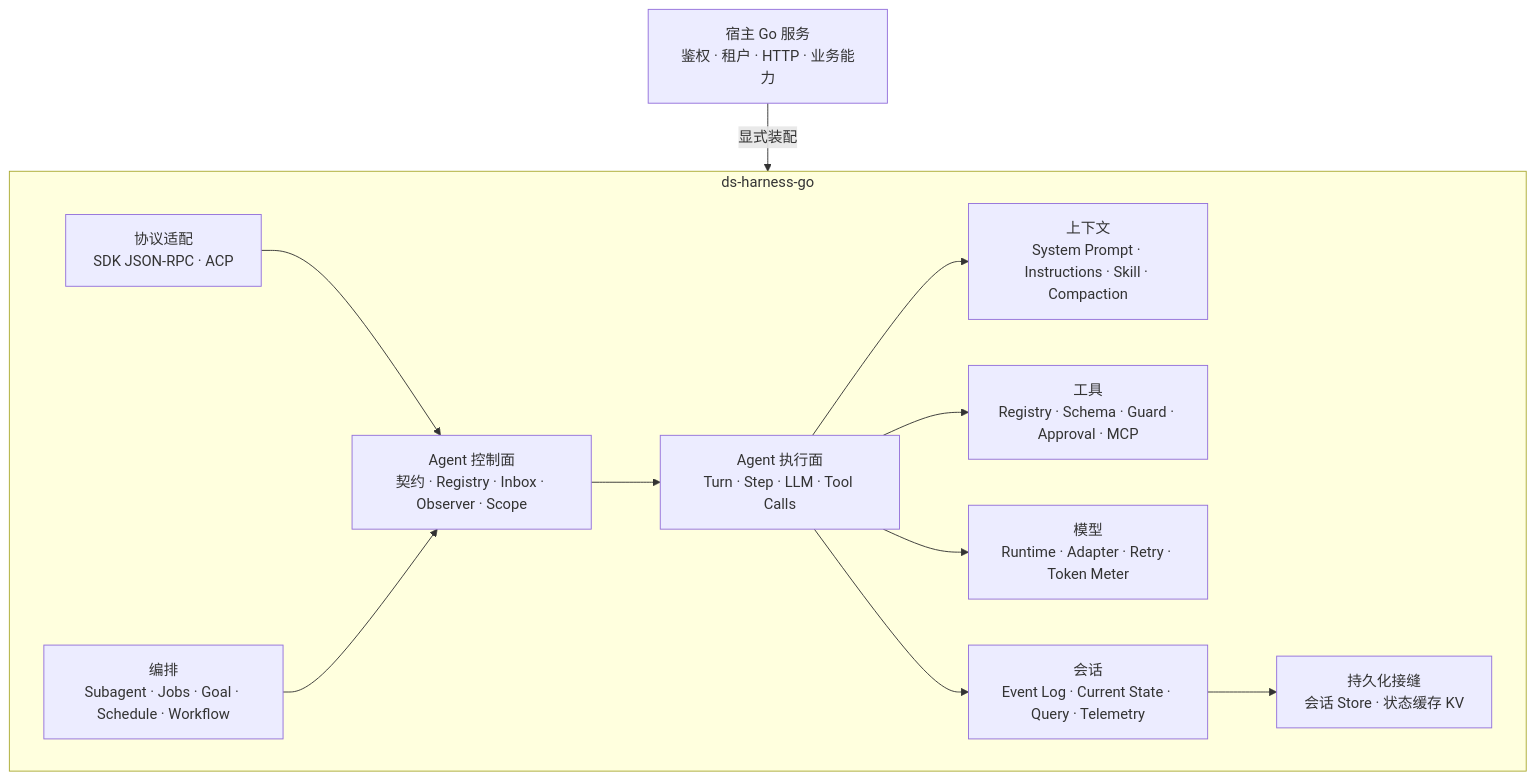
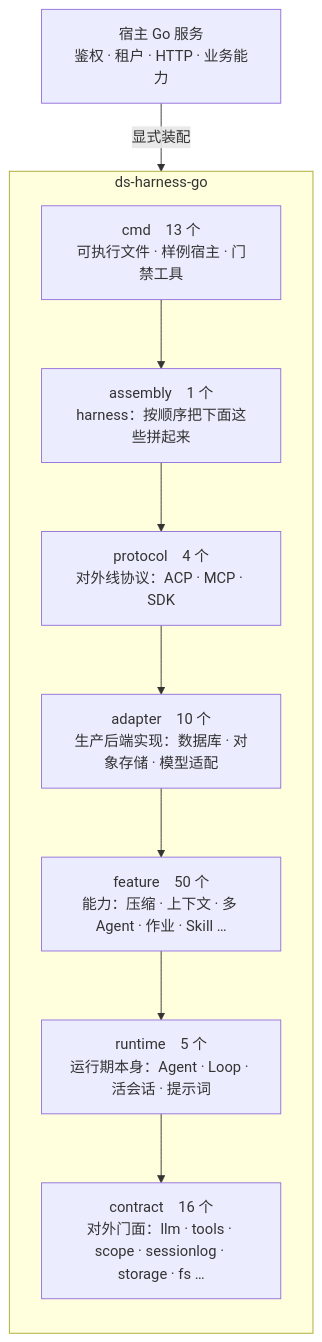
One commit to snight1983/ds-harness-go changed the first of 3 diagrams in docs/architecture.md. Above: the diagram before and after it, drawn with Mermaid. The commit also changed other lines of this file and 1281 other files, not shown here.

````diff
--- a/docs/architecture.md
+++ b/docs/architecture.md
@@ -11,27 +13,24 @@
 ```mermaid
 flowchart TB
     Host["宿主 Go 服务<br/>鉴权 · 租户 · HTTP · 业务能力"]
 
     subgraph Runtime["ds-harness-go"]
-        Protocol["协议适配<br/>SDK JSON-RPC · ACP"]
-        Orchestration["编排<br/>Subagent · Jobs · Goal · Schedule · Workflow"]
-        Agent["Agent 控制面<br/>契约 · Registry · Inbox · Observer · Scope"]
-        Loop["Agent 执行面<br/>Turn · Step · LLM · Tool Calls"]
-        Prompt["上下文<br/>System Prompt · Instructions · Skill · Compaction"]
-        Tools["工具<br/>Registry · Schema · Guard · Approval · MCP"]
-        Model["模型<br/>Runtime · Adapter · Retry · Token Meter"]
-        Session["会话<br/>Event Log · Current State · Query · Telemetry"]
-        Persistence["持久化接缝<br/>会话 Store · 状态缓存 KV"]
+        direction TB
+        Cmd["cmd　13 个<br/>可执行文件 · 样例宿主 · 门禁工具"]
+        Assembly["assembly　1 个<br/>harness：按顺序把下面这些拼起来"]
+        Protocol["protocol　4 个<br/>对外线协议：ACP · MCP · SDK"]
+        Adapter["adapter　10 个<br/>生产后端实现：数据库 · 对象存储 · 模型适配"]
+        Feature["feature　50 个<br/>能力：压缩 · 上下文 · 多 Agent · 作业 · Skill …"]
+        RuntimeTier["runtime　5 个<br/>运行期本身：Agent · Loop · 活会话 · 提示词"]
+        Contract["contract　16 个<br/>对外门面：llm · tools · scope · sessionlog · storage · fs …"]
 
-        Protocol --> Agent
-        Orchestration --> Agent
-        Agent --> Loop
-        Loop --> Prompt
-        Loop --> Tools
-        Loop --> Model
-        Loop --> Session
-        Session --> Persistence
+        Cmd --> Assembly
+        Assembly --> Protocol
+        Protocol --> Adapter
+        Adapter --> Feature
+        Feature --> RuntimeTier
+        RuntimeTier --> Contract
     end
 
     Host -->|显式装配| Runtime
 ```
````
